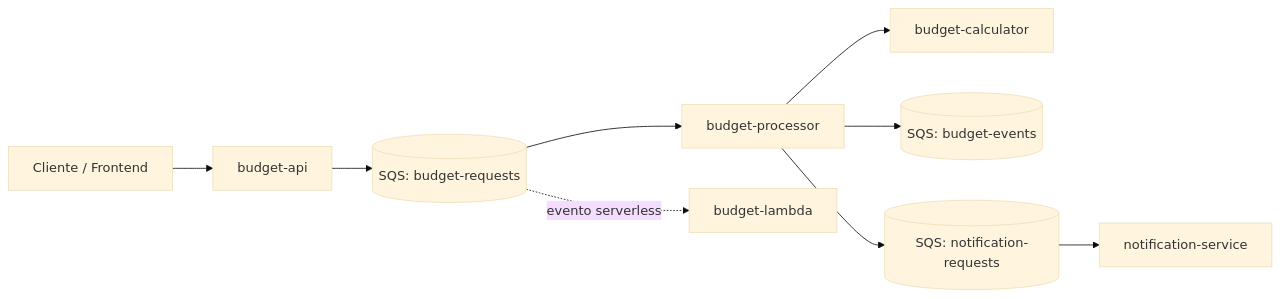
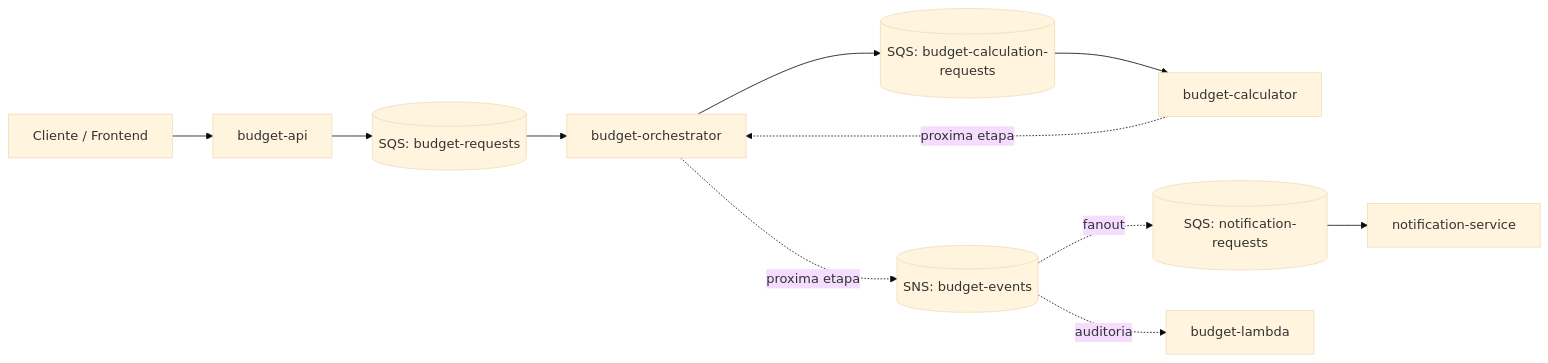
One commit to RicardoRAlves/Orcamento_Microservice changed the first of 4 diagrams in README.md. Above: the diagram before and after it, drawn with Mermaid (base theme). The commit also changed other lines of this file and 20 other files, not shown here.

Commit message:
Add budget orchestrator and calculator queue

````diff
--- a/README.md
+++ b/README.md
@@ -9,11 +17,13 @@
 ```mermaid
 flowchart LR
     Client[Cliente / Frontend] --> API[budget-api]
     API --> QueueRequests[(SQS: budget-requests)]
-    QueueRequests --> Processor[budget-processor]
-    Processor --> Calculator[budget-calculator]
-    Processor --> QueueEvents[(SQS: budget-events)]
-    Processor --> QueueNotifications[(SQS: notification-requests)]
+    QueueRequests --> Orchestrator[budget-orchestrator]
+    Orchestrator --> QueueCalculation[(SQS: budget-calculation-requests)]
+    QueueCalculation --> Calculator[budget-calculator]
+    Calculator -. proxima etapa .-> Orchestrator
+    Orchestrator -. proxima etapa .-> TopicEvents[(SNS: budget-events)]
+    TopicEvents -. fanout .-> QueueNotifications[(SQS: notification-requests)]
     QueueNotifications --> Notification[notification-service]
-    QueueRequests -. evento serverless .-> Lambda[budget-lambda]
+    TopicEvents -. auditoria .-> Lambda[budget-lambda]
 ```
````
